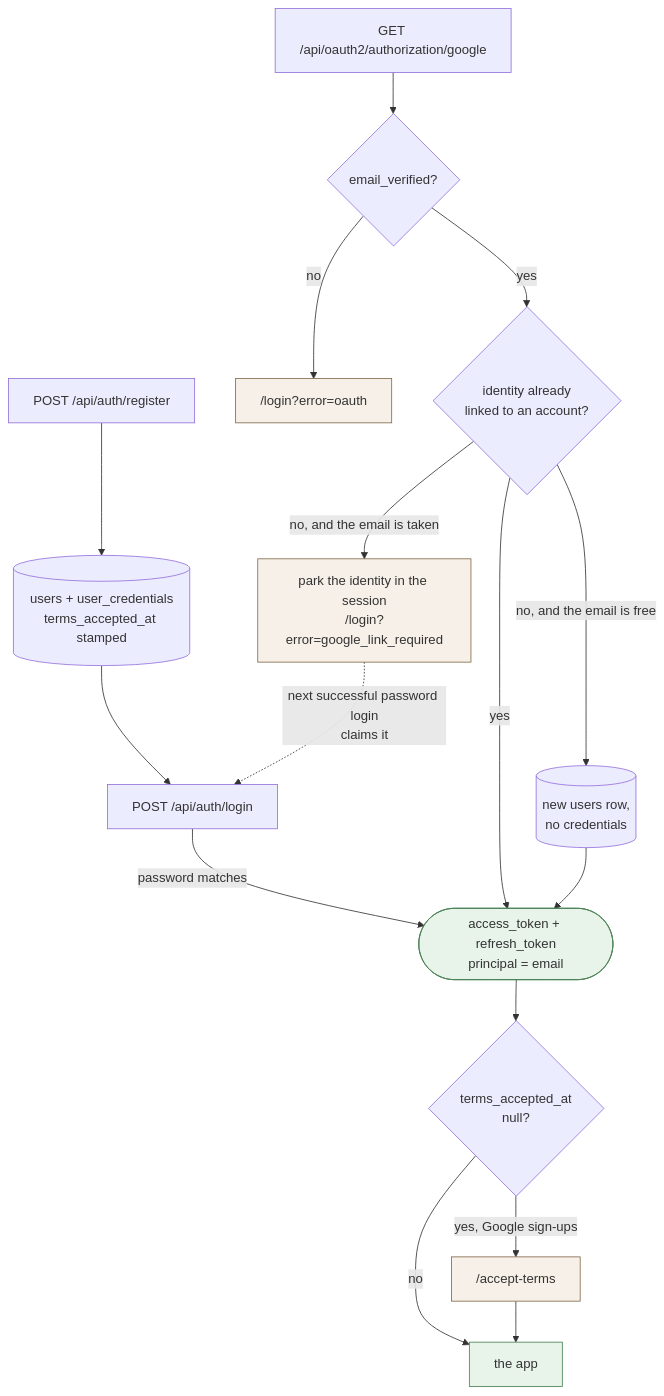
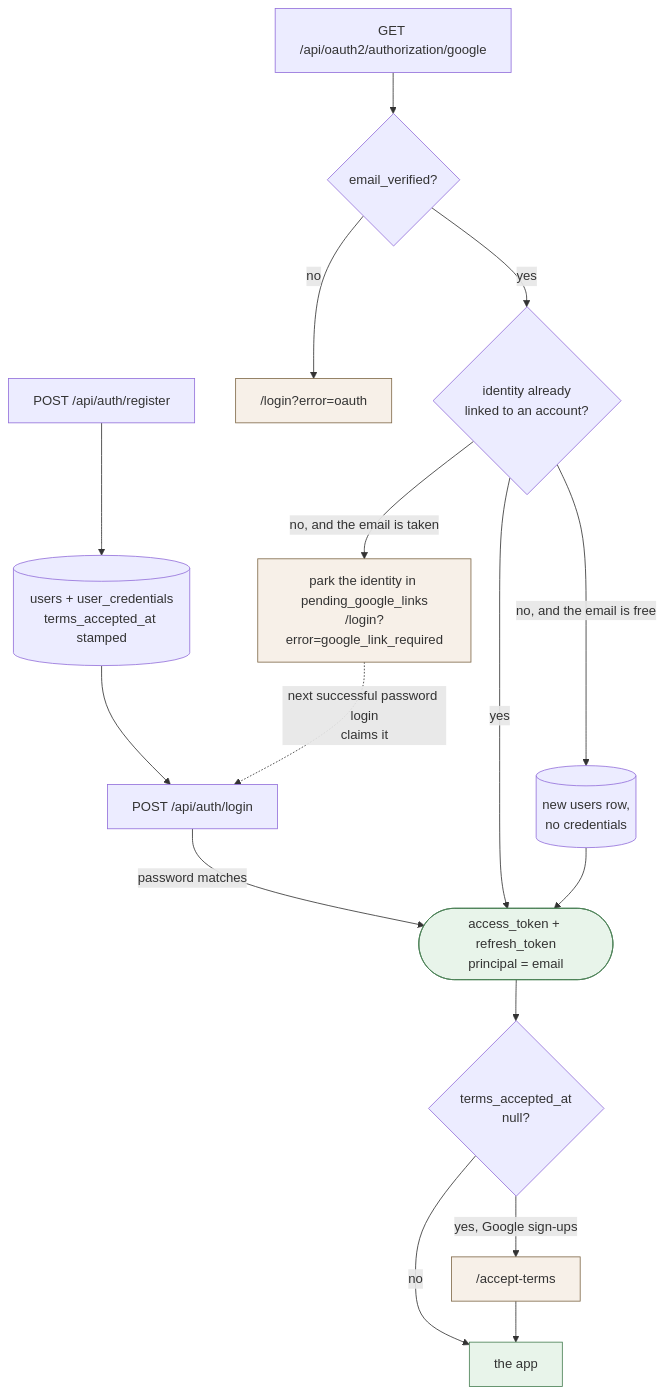
Before and after one commit to Yusuprozimemet/jobmatch-microservices: the first of 2 diagrams in backend/docs/auth.md, drawn with Mermaid. The commit also changed other lines of this file and 7 other files, not shown here.

First line of the commit message:
Day 14 track A2: no Google path sets JSESSIONID, and no backend code touches a session

````diff
--- a/backend/docs/auth.md
+++ b/backend/docs/auth.md
@@ -34,25 +34,25 @@
 ```mermaid
 flowchart TD
     REG["POST /api/auth/register"] --> ACC[("users + user_credentials<br/>terms_accepted_at stamped")]
     ACC --> LOGIN
 
     LOGIN["POST /api/auth/login"] -->|"password matches"| SESSION(["access_token + refresh_token<br/>principal = email"])
 
     G["GET /api/oauth2/authorization/google"] --> VERIFY{"email_verified?"}
     VERIFY -->|"no"| FAIL["/login?error=oauth"]
     VERIFY -->|"yes"| KNOWN{"identity already<br/>linked to an account?"}
     KNOWN -->|"yes"| SESSION
     KNOWN -->|"no, and the email is free"| NEWACC[("new users row,<br/>no credentials")] --> SESSION
-    KNOWN -->|"no, and the email is taken"| PARK["park the identity in the session<br/>/login?error=google_link_required"]
+    KNOWN -->|"no, and the email is taken"| PARK["park the identity in pending_google_links<br/>/login?error=google_link_required"]
     PARK -.->|"next successful password login<br/>claims it"| LOGIN
 
     SESSION --> TERMS{"terms_accepted_at<br/>null?"}
     TERMS -->|"yes, Google sign-ups"| ACCEPT["/accept-terms"]
     TERMS -->|"no"| APP["the app"]
     ACCEPT --> APP
 
     classDef s fill:#e8f4ea,stroke:#4a8055
     classDef w fill:#f7f0e8,stroke:#806a4a
     class SESSION,APP s
     class PARK,FAIL,ACCEPT w
 ```
````
